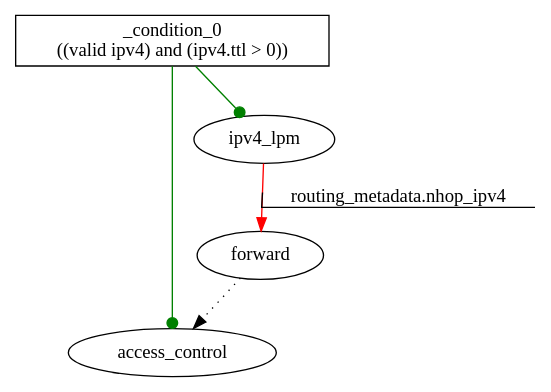
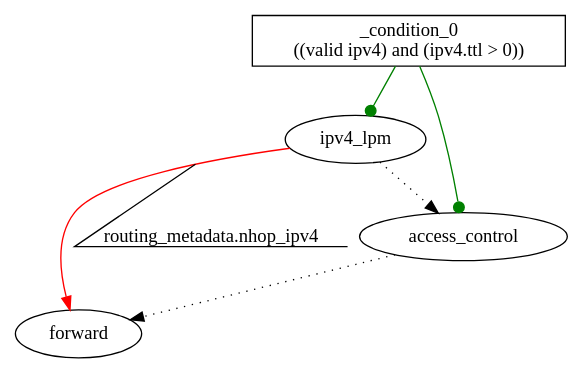
Before and after one commit to humbertogaliza/p4-acl: the diagram in p4src/simple_router.ingress.tables_dep.dot, drawn with Graphviz. The commit also changed 14 other files, not shown here.

```diff
--- a/p4src/simple_router.ingress.tables_dep.dot
+++ b/p4src/simple_router.ingress.tables_dep.dot
@@ -1,7 +1,8 @@
 digraph ingress {
 _condition_0 [shape=box label="_condition_0\n((valid ipv4) and (ipv4.ttl > 0))"];
-forward -> access_control [style=dotted ];
+ipv4_lpm -> access_control [style=dotted ];
 ipv4_lpm -> forward [color=red label="routing_metadata.nhop_ipv4" decorate=true];
+access_control -> forward [style=dotted ];
 _condition_0 -> ipv4_lpm [color=green label="" decorate=true arrowhead = dot];
 _condition_0 -> access_control [color=green label="" decorate=true arrowhead = dot];
 }
```
